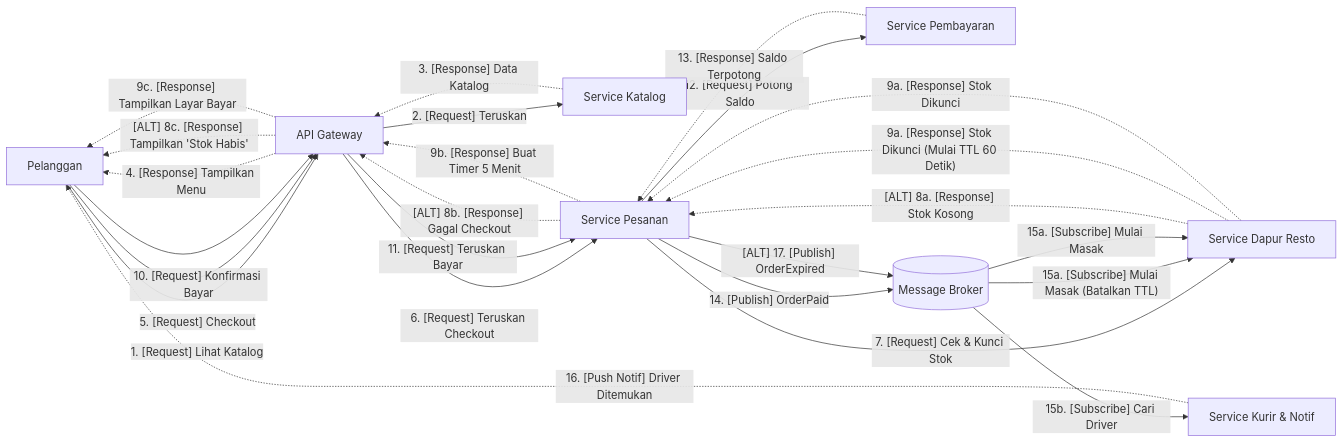
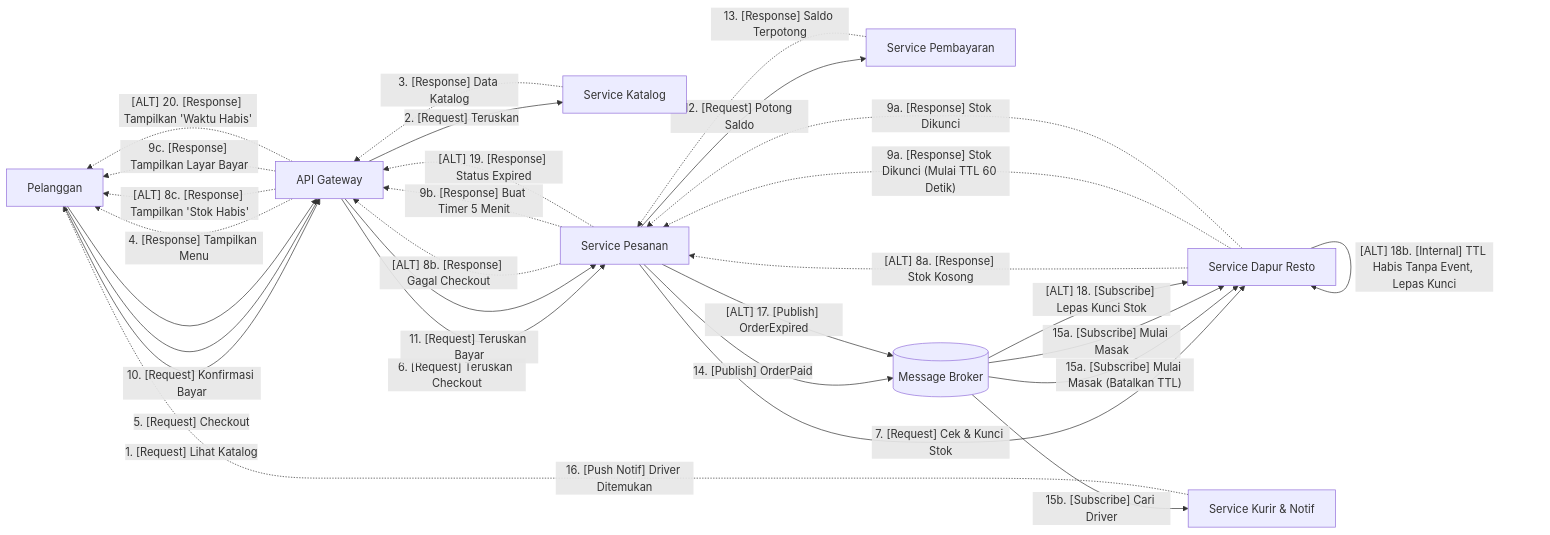
The diagram in tugas-02-perancangan-arsitektur/README.md (Enki1030/komputasi-awan-dan-terdistribusi), drawn with Mermaid before and after one commit.

````diff
--- a/tugas-02-perancangan-arsitektur/README.md
+++ b/tugas-02-perancangan-arsitektur/README.md
@@ -57,42 +57,47 @@
 ```mermaid
 graph LR
     Client[Pelanggan]
     Gateway[API Gateway]
     Katalog[Service Katalog]
     Order[Service Pesanan]
     Payment[Service Pembayaran]
     Broker[(Message Broker)]
     Dapur[Service Dapur Resto]
     Kurir[Service Kurir & Notif]
      
     Client -->|"1. [Request] Lihat Katalog"| Gateway
     Gateway -->|"2. [Request] Teruskan"| Katalog
     Katalog -.->|"3. [Response] Data Katalog"| Gateway
     Gateway -.->|"4. [Response] Tampilkan Menu"| Client
 
     Client -->|"5. [Request] Checkout"| Gateway
     Gateway -->|"6. [Request] Teruskan Checkout"| Order
     Order -->|"7. [Request] Cek & Kunci Stok"| Dapur
 
     Dapur -.->|"[ALT] 8a. [Response] Stok Kosong"| Order
     Order -.->|"[ALT] 8b. [Response] Gagal Checkout"| Gateway
     Gateway -.->|"[ALT] 8c. [Response] Tampilkan 'Stok Habis'"| Client
 
     Dapur -.->|"9a. [Response] Stok Dikunci (Mulai TTL 60 Detik)"| Order
     Dapur -.->|"9a. [Response] Stok Dikunci"| Order
     Order -.->|"9b. [Response] Buat Timer 5 Menit"| Gateway
     Gateway -.->|"9c. [Response] Tampilkan Layar Bayar"| Client
 
     Client -->|"10. [Request] Konfirmasi Bayar"| Gateway
     Gateway -->|"11. [Request] Teruskan Bayar"| Order
     Order -->|"12. [Request] Potong Saldo"| Payment
     Payment -.->|"13. [Response] Saldo Terpotong"| Order
     
     Order -->|"14. [Publish] OrderPaid"| Broker
     Broker -->|"15a. [Subscribe] Mulai Masak (Batalkan TTL)"| Dapur
     Broker -->|"15a. [Subscribe] Mulai Masak"| Dapur
     Broker -->|"15b. [Subscribe] Cari Driver"| Kurir
     Kurir -.->|"16. [Push Notif] Driver Ditemukan"| Client
 
     Order -->|"[ALT] 17. [Publish] OrderExpired"| Broker
+    Broker -->|"[ALT] 18. [Subscribe] Lepas Kunci Stok"| Dapur
+    Dapur -->|"[ALT] 18b. [Internal] TTL Habis Tanpa Event, Lepas Kunci"| Dapur
+    Order -.->|"[ALT] 19. [Response] Status Expired"| Gateway
+    Gateway -.->|"[ALT] 20. [Response] Tampilkan 'Waktu Habis'"| Client
+
 ```
````
